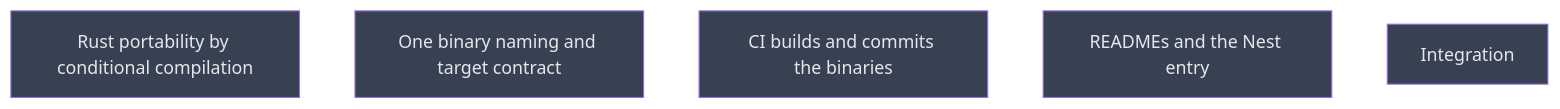
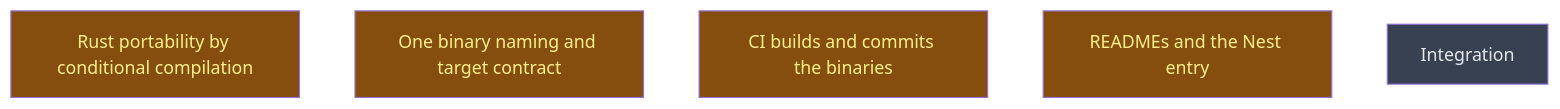
One commit to CrackingShells/Murmuration changed the diagram in __roadmap__/claude_code_release/next/README.md. Above: the diagram before and after it, drawn with Mermaid. The commit also changed other lines of this file and 1 other file, not shown here.

Commit message:
docs(roadmap): relocate_plugin done; depth-1 leaves start

````diff
--- a/__roadmap__/claude_code_release/next/README.md
+++ b/__roadmap__/claude_code_release/next/README.md
@@ -17,13 +17,13 @@
 ```mermaid
 graph TD
-    rust_portability[Rust portability by conditional compilation]:::planned
-    targets_contract[One binary naming and target contract]:::planned
-    ci_workflow[CI builds and commits the binaries]:::planned
-    readme_and_nest_prep[READMEs and the Nest entry]:::planned
+    rust_portability[Rust portability by conditional compilation]:::inprogress
+    targets_contract[One binary naming and target contract]:::inprogress
+    ci_workflow[CI builds and commits the binaries]:::inprogress
+    readme_and_nest_prep[READMEs and the Nest entry]:::inprogress
     next[Integration]:::planned
     classDef done       fill:#166534,color:#bbf7d0
     classDef inprogress fill:#854d0e,color:#fef08a
     classDef planned    fill:#374151,color:#e5e7eb
     classDef amendment  fill:#1e3a5f,color:#bfdbfe
     classDef blocked    fill:#7f1d1d,color:#fecaca
 ```
````
